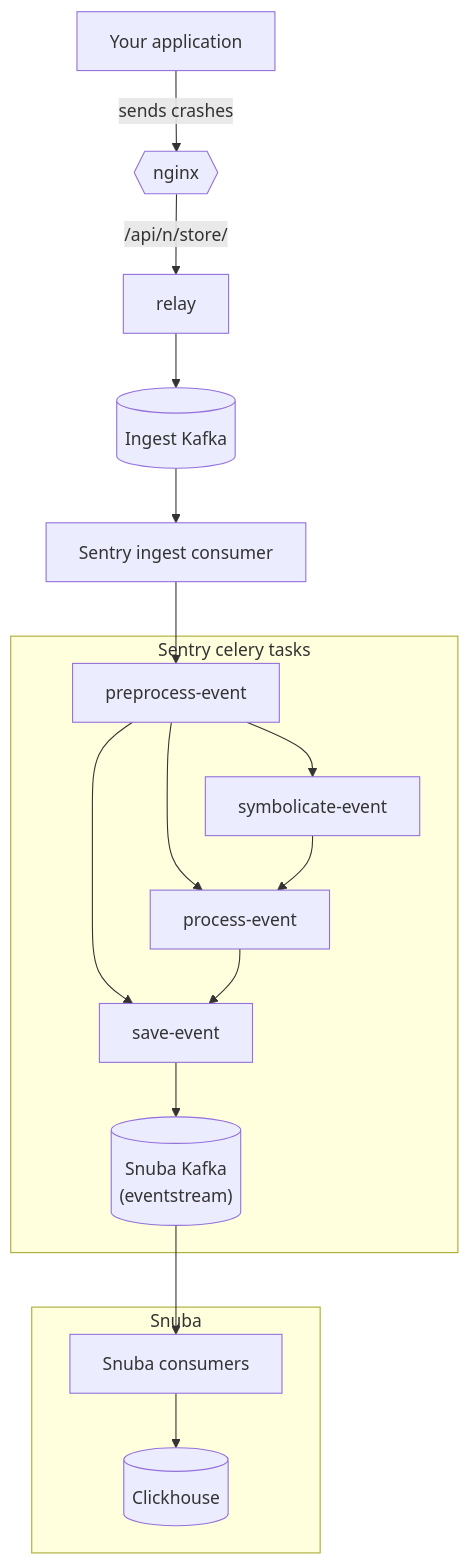
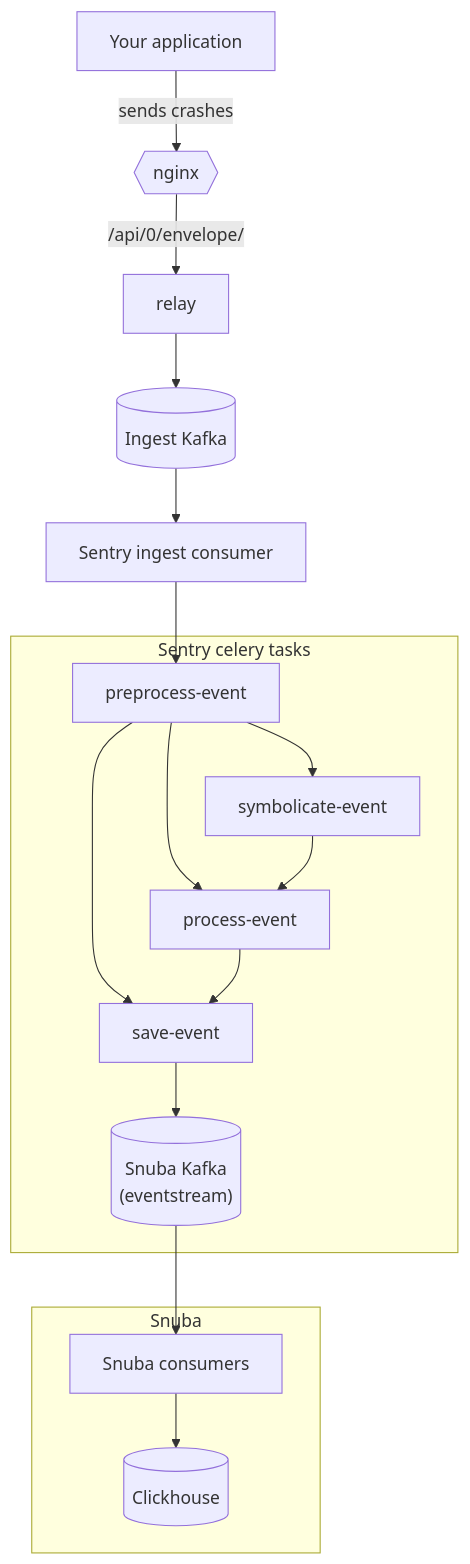
One commit to getsentry/sentry-docs changed the second of 3 diagrams in develop-docs/application/architecture.mdx. Above: the diagram before and after it, drawn with Mermaid. The commit also changed other lines of this file, not shown here.

Commit message:
Changed /store to /envelope (because /store does not exist anymore

````diff
--- a/develop-docs/application/architecture.mdx
+++ b/develop-docs/application/architecture.mdx
@@ -50,22 +50,22 @@
 ```mermaid
 graph TD
   app[Your application] --> |sends crashes| lb{{nginx}}
-  lb --> |/api/n/store/| relay
+  lb --> |/api/0/envelope/| relay
   relay --> kafka[(Ingest Kafka)]
   kafka --> ingest-consumer["Sentry ingest consumer"]
   ingest-consumer --> preprocess-event
 
   subgraph celery["Sentry celery tasks"]
     preprocess-event --> save-event
     preprocess-event --> process-event
     preprocess-event --> symbolicate-event
     symbolicate-event --> process-event
     process-event --> save-event
     save-event --> snuba-kafka[("Snuba Kafka<br>(eventstream)")]
   end
 
   subgraph snuba["Snuba"]
     snuba-kafka --> snuba-consumer["Snuba consumers"]
     snuba-consumer --> clickhouse[("Clickhouse")]
   end
 ```
````
